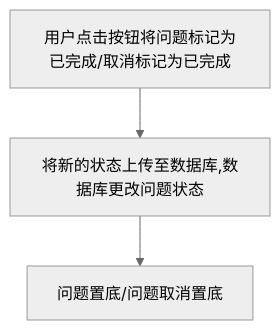
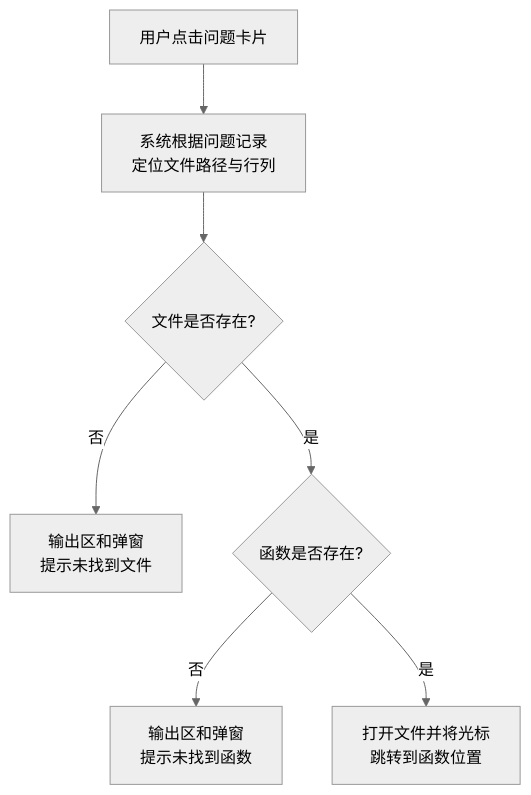
The fifth of 9 diagrams in RequirementDocument/需求文档.md (Aldebaran638/Doc-Doctor), drawn with Mermaid (neutral theme) before and after one commit. The commit also changed other lines of this file, not shown here.

````diff
--- a/RequirementDocument/需求文档.md
+++ b/RequirementDocument/需求文档.md
@@ -162,4 +297,13 @@
 ```mermaid
 flowchart TD
-    A[用户点击按钮将问题标记为已完成/取消标记为已完成] --> B[将新的状态上传至数据库,数据库更改问题状态] --> C[问题置底/问题取消置底]
+    A[用户点击问题卡片] --> B[系统根据问题记录
+定位文件路径与行列]
+    B --> C{文件是否存在?}
+    C -->|否| D[输出区和弹窗
+提示未找到文件]
+    C -->|是| E{函数是否存在?}
+    E -->|否| F[输出区和弹窗
+提示未找到函数]
+    E -->|是| G[打开文件并将光标
+跳转到函数位置]
 ```
````
